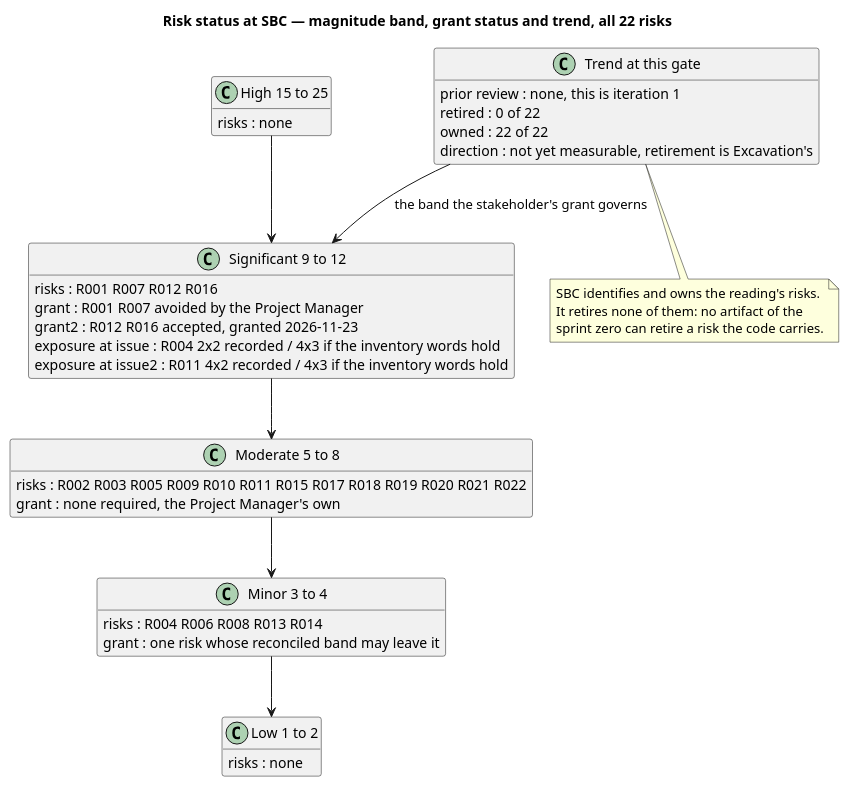
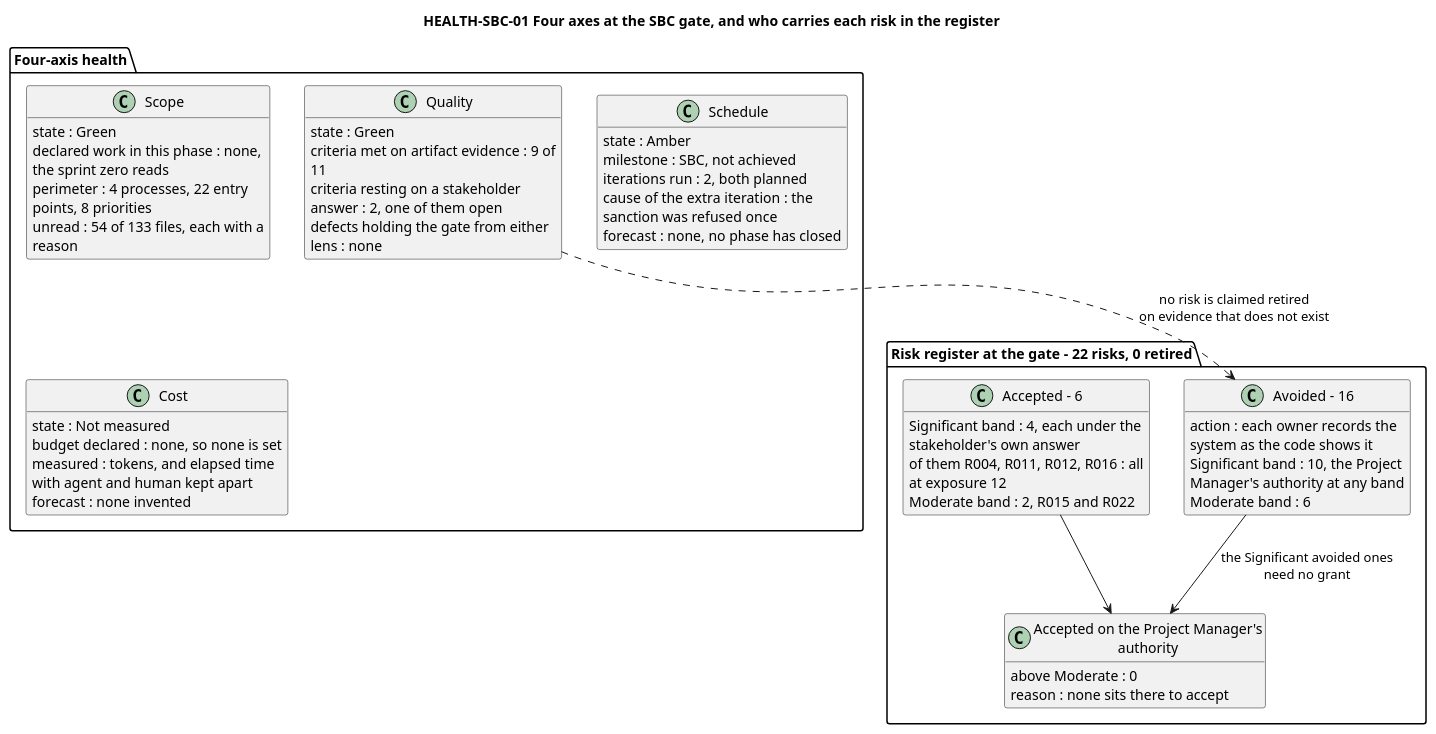
One commit to banense-test/TodoApp changed the third of 13 diagrams in docs/artifacts/project-management/review-record.md. Above: the diagram before and after it, drawn with PlantUML. The commit also changed other lines of this file, not shown here.

First line of the commit message:
Management Reviewer [Survey2]: upsert Review Record

````diff
--- a/docs/artifacts/project-management/review-record.md
+++ b/docs/artifacts/project-management/review-record.md
@@ -291,48 +237,59 @@
 ```plantuml
 @startuml
-title Risk status at SBC — magnitude band, grant status and trend, all 22 risks
+title HEALTH-SBC-01 Four axes at the SBC gate, and who carries each risk in the register
 
 skinparam shadowing false
 skinparam classAttributeIconSize 0
 hide empty members
+skinparam wrapWidth 250
 
-class "High 15 to 25" as HIGH {
-  risks : none
-}
-class "Significant 9 to 12" as SIG {
-  risks : R001 R007 R012 R016
-  grant : R001 R007 avoided by the Project Manager
-  grant2 : R012 R016 accepted, granted 2026-11-23
-  exposure at issue : R004 2x2 recorded / 4x3 if the inventory words hold
-  exposure at issue2 : R011 4x2 recorded / 4x3 if the inventory words hold
-}
-class "Moderate 5 to 8" as MOD {
-  risks : R002 R003 R005 R009 R010 R011 R015 R017 R018 R019 R020 R021 R022
-  grant : none required, the Project Manager's own
-}
-class "Minor 3 to 4" as MIN {
-  risks : R004 R006 R008 R013 R014
-  grant : one risk whose reconciled band may leave it
-}
-class "Low 1 to 2" as LOW {
-  risks : none
-}
-class "Trend at this gate" as T {
-  prior review : none, this is iteration 1
-  retired : 0 of 22
-  owned : 22 of 22
-  direction : not yet measurable, retirement is Excavation's
+package "Four-axis health" {
+  class "Scope" as SC {
+    state : Green
+    declared work in this phase : none, the sprint zero reads
+    perimeter : 4 processes, 22 entry points, 8 priorities
+    unread : 54 of 133 files, each with a reason
+  }
+  class "Schedule" as SD {
+    state : Amber
+    milestone : SBC, not achieved
+    iterations run : 2, both planned
+    cause of the extra iteration : the sanction was refused once
+    forecast : none, no phase has closed
+  }
+  class "Cost" as CO {
+    state : Not measured
+    budget declared : none, so none is set
+    measured : tokens, and elapsed time with agent and human kept apart
+    forecast : none invented
+  }
+  class "Quality" as QU {
+    state : Green
+    criteria met on artifact evidence : 9 of 11
+    criteria resting on a stakeholder answer : 2, one of them open
+    defects holding the gate from either lens : none
+  }
 }
 
-HIGH --> SIG
-SIG --> MOD
-MOD --> MIN
-MIN --> LOW
-T --> SIG : the band the stakeholder's grant governs
-note bottom of T
-  SBC identifies and owns the reading's risks.
-  It retires none of them: no artifact of the
-  sprint zero can retire a risk the code carries.
-end note
+package "Risk register at the gate - 22 risks, 0 retired" {
+  class "Avoided - 16" as AV {
+    action : each owner records the system as the code shows it
+    Significant band : 10, the Project Manager's authority at any band
+    Moderate band : 6
+  }
+  class "Accepted - 6" as AC {
+    Significant band : 4, each under the stakeholder's own answer
+    of them R004, R011, R012, R016 : all at exposure 12
+    Moderate band : 2, R015 and R022
+  }
+  class "Accepted on the Project Manager's authority" as PMA {
+    above Moderate : 0
+    reason : none sits there to accept
+  }
+}
+
+AV --> PMA : the Significant avoided ones\nneed no grant
+AC --> PMA
+QU ..> AV : no risk is claimed retired\non evidence that does not exist
 @enduml
 ```
````
